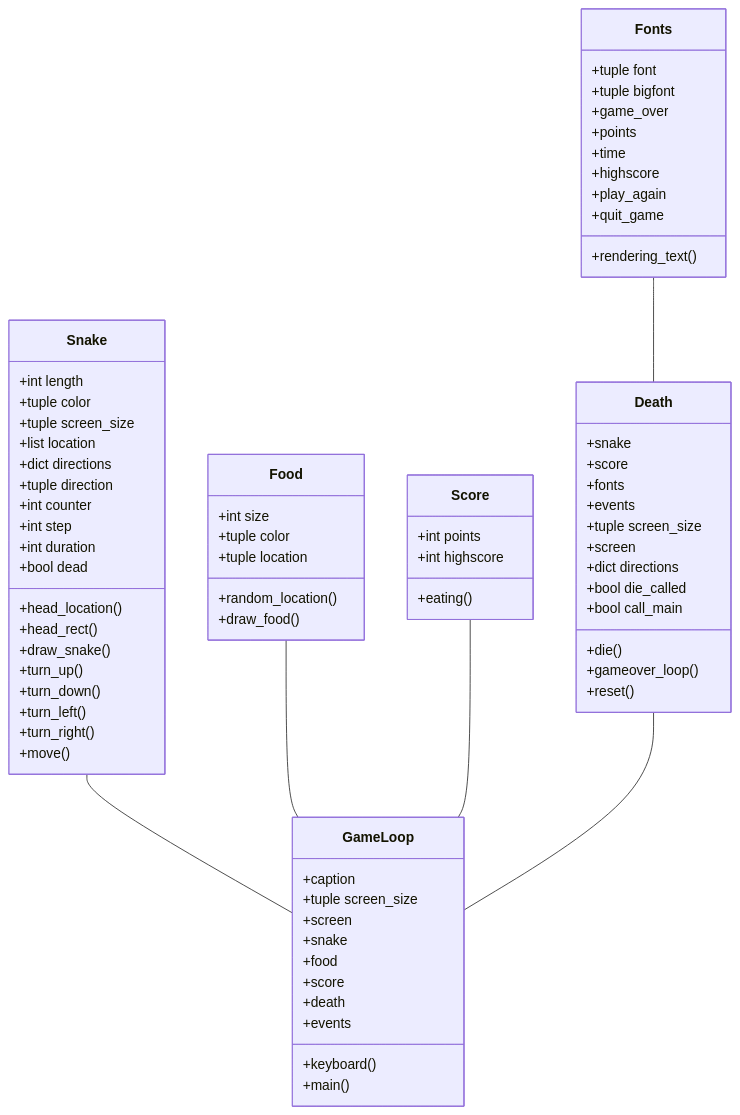
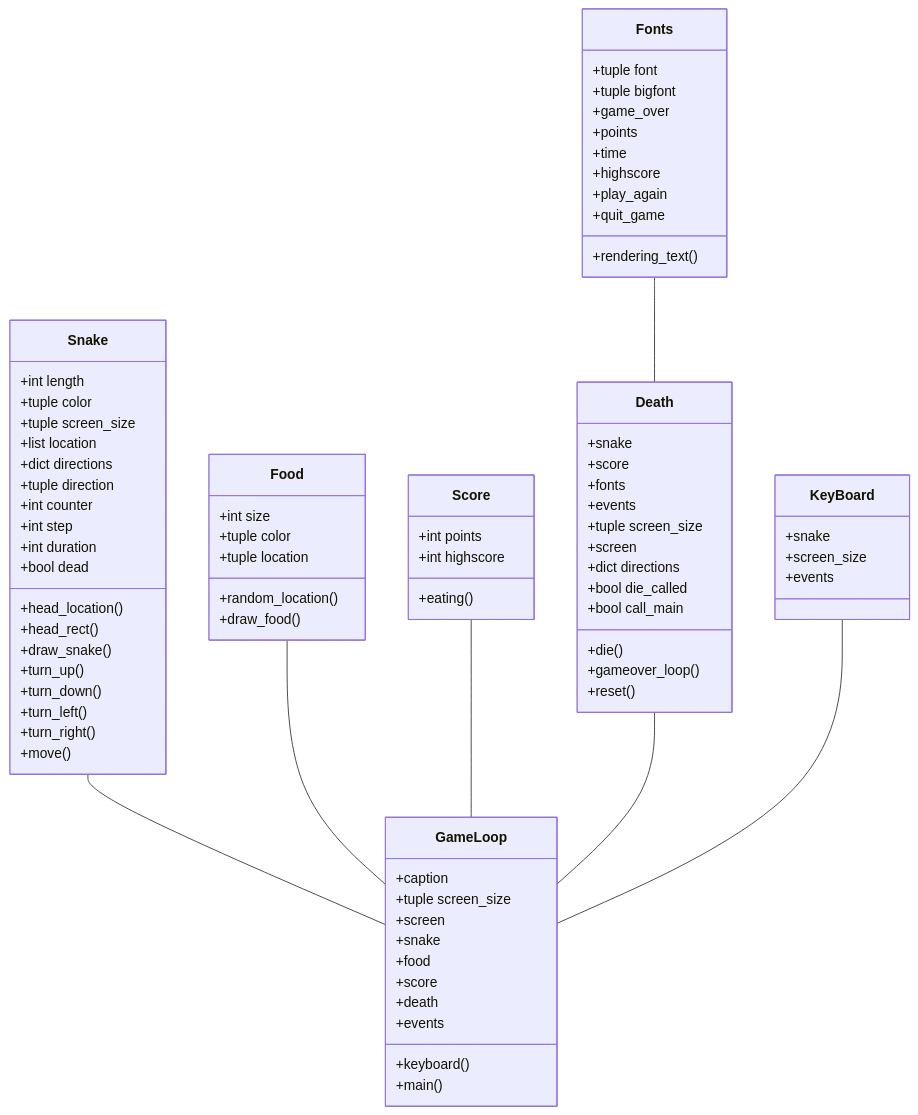
The first of 3 diagrams in dokumentaatio/arkkitehtuuri.md (lottapispa/ot-harjoitystyo), drawn with Mermaid before and after one commit.

````diff
--- a/dokumentaatio/arkkitehtuuri.md
+++ b/dokumentaatio/arkkitehtuuri.md
@@ -9,6 +9,7 @@
     Food -- GameLoop
     Score -- GameLoop
     Death -- GameLoop
+    KeyBoard -- GameLoop
     Fonts -- Death
     class Snake{
         +int length
@@ -79,4 +80,9 @@
         +keyboard()
         +main()
     }
+    class KeyBoard{
+        +snake
+        +screen_size
+        +events
+    }
 ```
````
